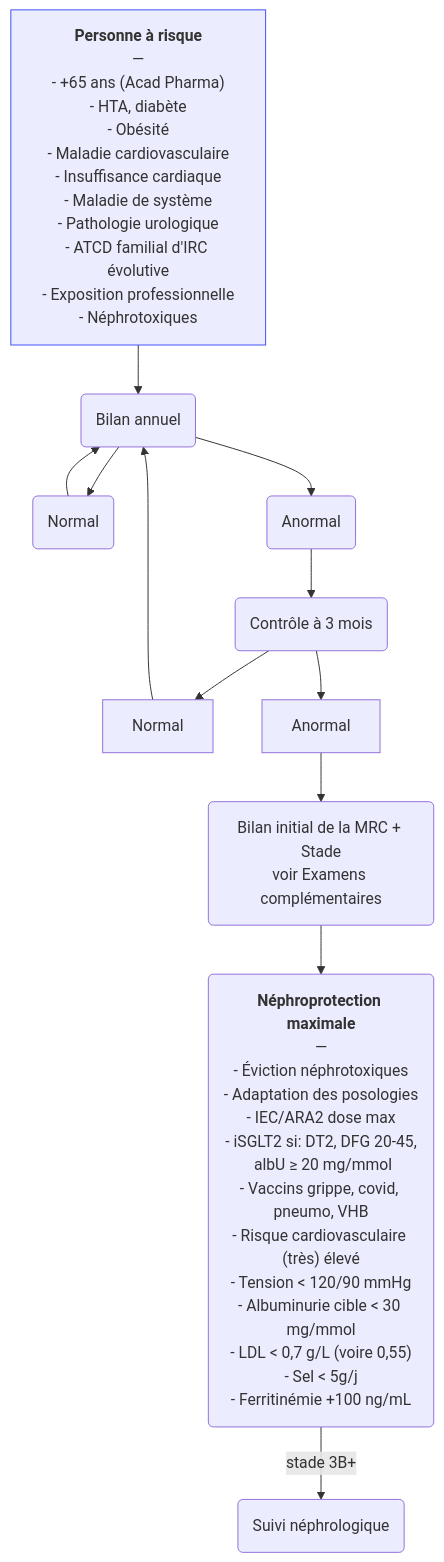
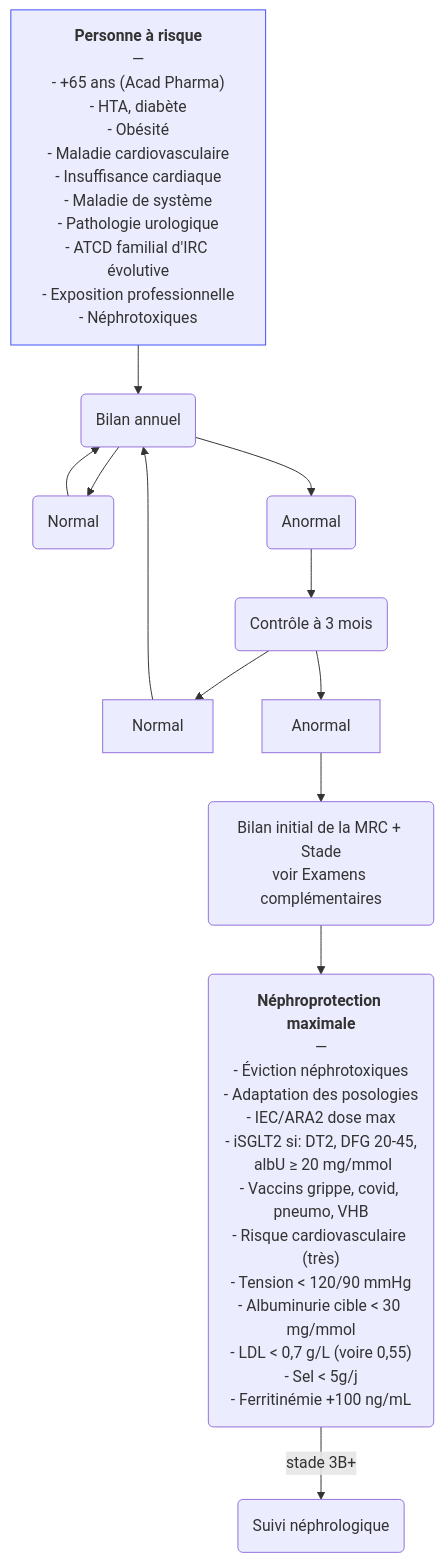
One commit to djibe/recommandations-medicales changed the diagram in content/recommandations/insuffisance-renale-chronique.md. Above: the diagram before and after it, drawn with Mermaid. The commit also changed other lines of this file, not shown here.

```diff
--- a/content/recommandations/insuffisance-renale-chronique.md
+++ b/content/recommandations/insuffisance-renale-chronique.md
@@ -491,15 +509,15 @@
 {{< mermaid title="Conduite à tenir pour le dépistage et la prise en charge de la maladie rénale chronique. Dr JB Fron d'après *KDIGO 2024* et *HAS 2023*" >}}
 graph TB
 fdr["<b>Personne à risque</b><br>—<br>- +65 ans (Acad Pharma)<br>- HTA, diabète<br>- Obésité<br>- Maladie cardiovasculaire<br>- Insuffisance cardiaque<br>- Maladie de système<br>- Pathologie urologique<br>- ATCD familial d'IRC évolutive<br>- Exposition professionnelle<br>- Néphrotoxiques"] --> 2(Bilan annuel)
 style fdr stroke:#4150f5, stroke-width:1px
   2 --> 3N(Normal)
     3N --> 2
   2 --> 3A(Anormal)
   3A --> 4(Contrôle à 3 mois)
   4 --> Normal
     Normal --> 2
   4 --> Anormal
   Anormal --> bilan("Bilan initial de la MRC + Stade<br>voir Examens complémentaires")
-  bilan --> nephroprotection("<strong>Néphroprotection maximale</strong><br>—<br>- Éviction néphrotoxiques<br>- Adaptation des posologies<br>- IEC/ARA2 dose max<br>- iSGLT2 si: DT2, DFG 20-45,<br> albU ≥ 20 mg/mmol<br>- Vaccins grippe, covid, pneumo, VHB<br>- Risque cardiovasculaire (très) élevé<br>- Tension &lt; 120/90 mmHg<br>- Albuminurie cible &lt; 30 mg/mmol<br>- LDL &lt; 0,7 g/L (voire 0,55)<br>- Sel &lt; 5g/j<br>- Ferritinémie +100 ng/mL")
+  bilan --> nephroprotection("<strong>Néphroprotection maximale</strong><br>—<br>- Éviction néphrotoxiques<br>- Adaptation des posologies<br>- IEC/ARA2 dose max<br>- iSGLT2 si: DT2, DFG 20-45,<br> albU ≥ 20 mg/mmol<br>- Vaccins grippe, covid, pneumo, VHB<br>- Risque cardiovasculaire (très)<br>- Tension &lt; 120/90 mmHg<br>- Albuminurie cible &lt; 30 mg/mmol<br>- LDL &lt; 0,7 g/L (voire 0,55)<br>- Sel &lt; 5g/j<br>- Ferritinémie +100 ng/mL")
   nephroprotection -- stade 3B+ --> avis(Suivi néphrologique)
 {{< /mermaid >}}
```
